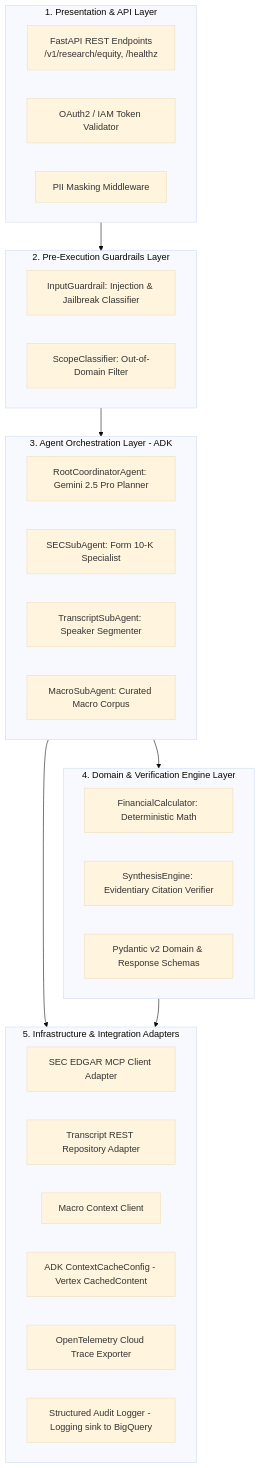
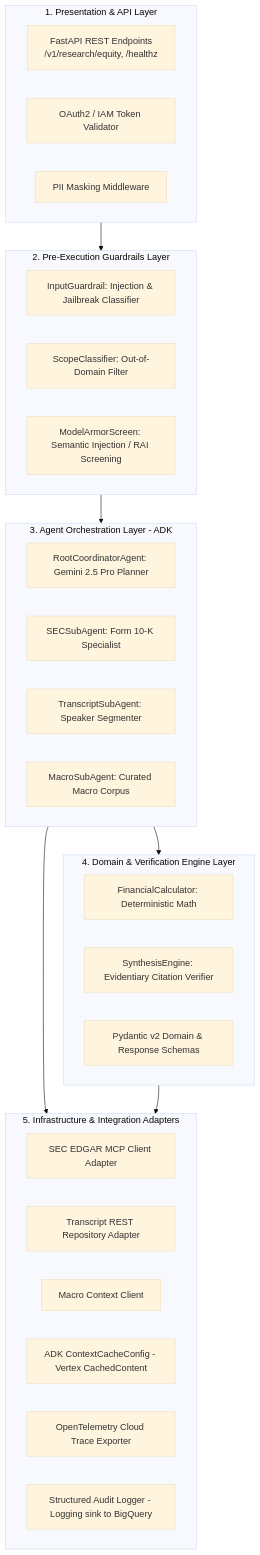
One commit to Ignotus-21/Finance-Agent---Investment-Research-Agent changed the diagram in docs/tdd_part2_application_architecture.md. Above: the diagram before and after it, drawn with Mermaid (base theme). The commit also changed 23 other files, not shown here.

````diff
--- a/docs/tdd_part2_application_architecture.md
+++ b/docs/tdd_part2_application_architecture.md
@@ -17,41 +17,42 @@
 ```mermaid
 graph TD
     subgraph PresentationLayer [1. Presentation & API Layer]
         FastAPIRoutes[FastAPI REST Endpoints<br/>/v1/research/equity, /healthz]
         AuthMiddleware[OAuth2 / IAM Token Validator]
         DLPMiddleware[PII Masking Middleware]
     end
 
     subgraph SecurityLayer [2. Pre-Execution Guardrails Layer]
         InputGuard[InputGuardrail: Injection & Jailbreak Classifier]
         ScopeGuard[ScopeClassifier: Out-of-Domain Filter]
+        ArmorGuard[ModelArmorScreen: Semantic Injection / RAI Screening]
     end
 
     subgraph OrchestrationLayer [3. Agent Orchestration Layer - ADK]
         RootCoord[RootCoordinatorAgent: Gemini 2.5 Pro Planner]
         SECAgent[SECSubAgent: Form 10-K Specialist]
         TransAgent[TranscriptSubAgent: Speaker Segmenter]
         MacroAgent[MacroSubAgent: Curated Macro Corpus]
     end
 
     subgraph DomainEngineLayer [4. Domain & Verification Engine Layer]
         CalcEngine[FinancialCalculator: Deterministic Math]
         SynthEngine[SynthesisEngine: Evidentiary Citation Verifier]
         DomainModels[Pydantic v2 Domain & Response Schemas]
     end
 
     subgraph InfrastructureLayer [5. Infrastructure & Integration Adapters]
         SECMCPClient[SEC EDGAR MCP Client Adapter]
         TranscriptClient[Transcript REST Repository Adapter]
         SearchClient[Macro Context Client]
         ContextCacheMgr[ADK ContextCacheConfig - Vertex CachedContent]
         TraceExporter[OpenTelemetry Cloud Trace Exporter]
         BQAuditLogger[Structured Audit Logger - Logging sink to BigQuery]
     end
 
     PresentationLayer --> SecurityLayer
     SecurityLayer --> OrchestrationLayer
     OrchestrationLayer --> DomainEngineLayer
     OrchestrationLayer --> InfrastructureLayer
     DomainEngineLayer --> InfrastructureLayer
 ```
````
